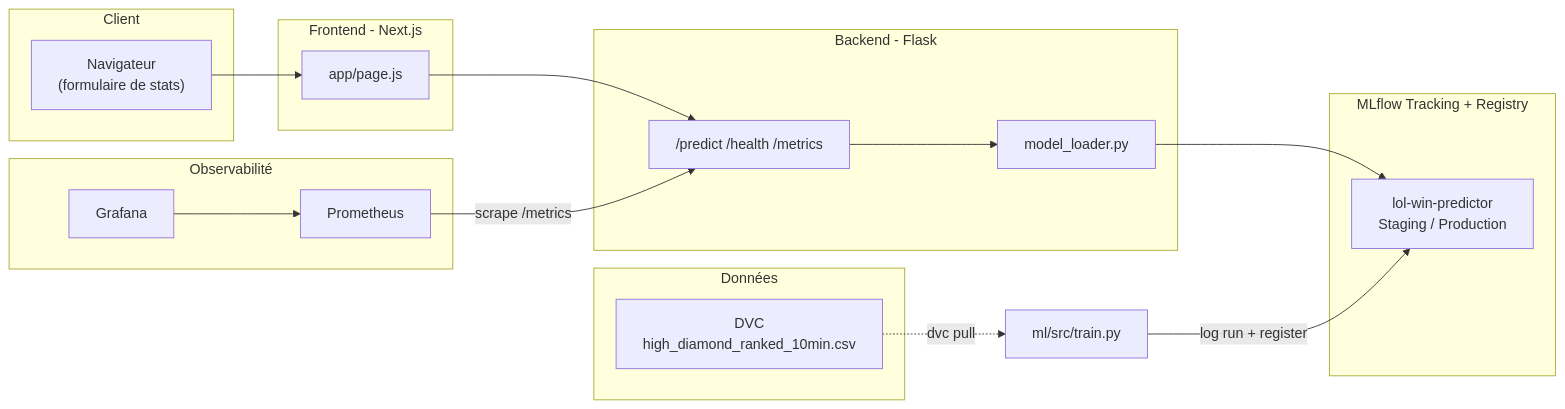
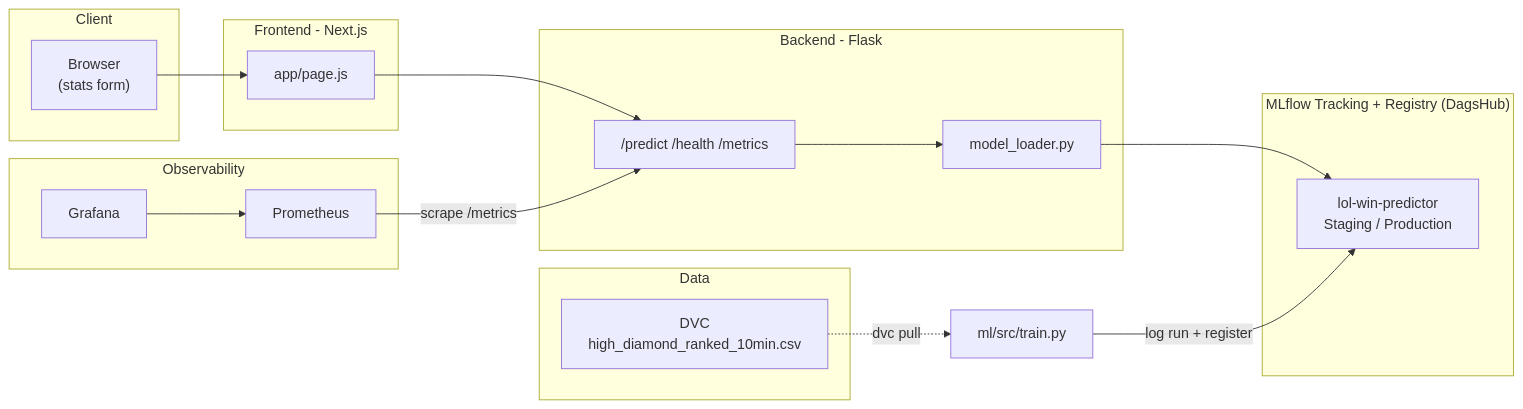
One commit to wassimdjenane344/league-win-predictor changed the diagram in README.md. Above: the diagram before and after it, drawn with Mermaid. The commit also changed other lines of this file, not shown here.

````diff
--- a/README.md
+++ b/README.md
@@ -36,35 +38,35 @@
 ```mermaid
 flowchart LR
     subgraph Client
-        Browser["Navigateur\n(formulaire de stats)"]
+        Browser["Browser\n(stats form)"]
     end
 
     subgraph Frontend["Frontend - Next.js"]
         UI["app/page.js"]
     end
 
     subgraph Backend["Backend - Flask"]
         API["/predict /health /metrics"]
         Loader["model_loader.py"]
     end
 
-    subgraph MLflow["MLflow Tracking + Registry"]
+    subgraph MLflow["MLflow Tracking + Registry (DagsHub)"]
         Reg["lol-win-predictor\nStaging / Production"]
     end
 
-    subgraph Data["Données"]
+    subgraph Data["Data"]
         DVC["DVC\nhigh_diamond_ranked_10min.csv"]
     end
 
-    subgraph Obs["Observabilité"]
+    subgraph Obs["Observability"]
         Prom["Prometheus"]
         Graf["Grafana"]
     end
 
     Browser --> UI --> API
     API --> Loader --> Reg
     DVC -.->|"dvc pull"| Train["ml/src/train.py"]
     Train -->|"log run + register"| Reg
     Prom -->|"scrape /metrics"| API
     Graf --> Prom
 ```
````
